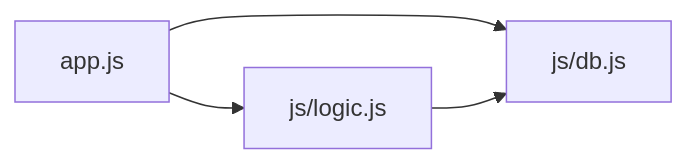
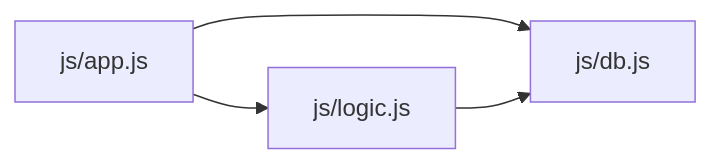
One commit to masanori-satake/QuickLog-Solo changed the diagram in docs/spec.md. Above: the diagram before and after it, drawn with Mermaid. The commit also changed other lines of this file and 25 other files, not shown here.

````diff
--- a/docs/spec.md
+++ b/docs/spec.md
@@ -100,6 +100,6 @@
 ```mermaid
 graph LR
-    A[app.js] --> B[js/logic.js]
+    A[js/app.js] --> B[js/logic.js]
     A --> C[js/db.js]
     B --> C
 ```
````
